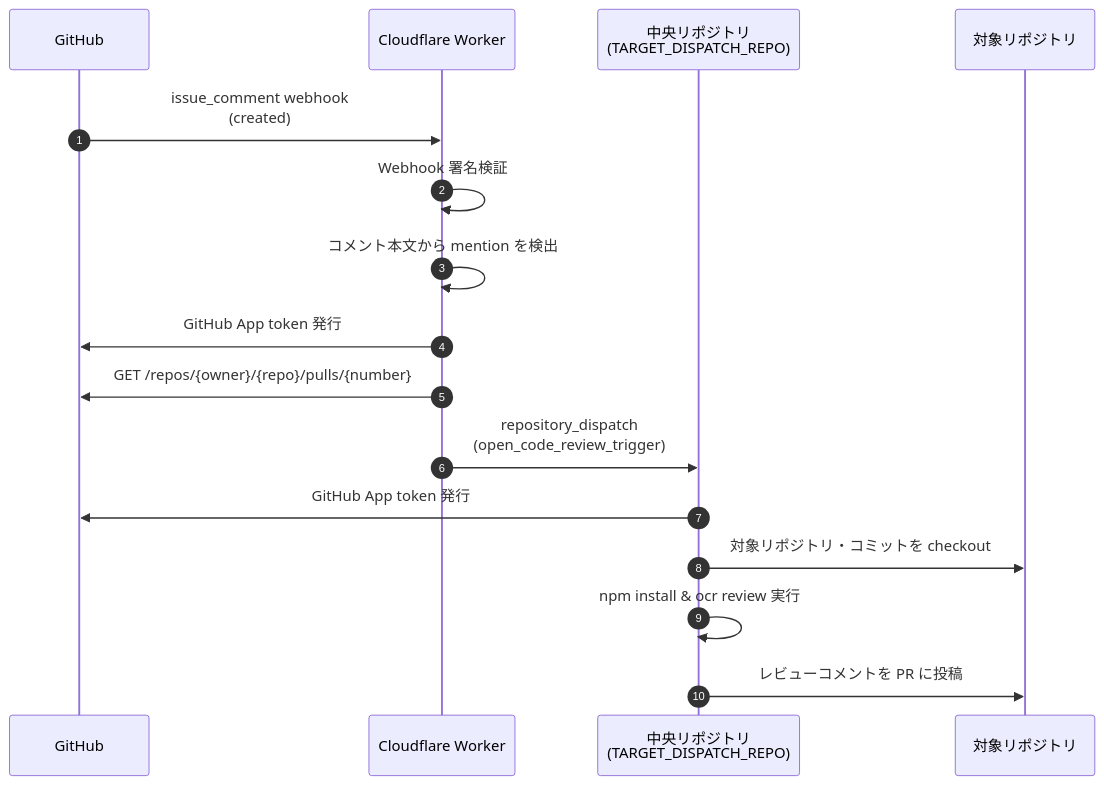
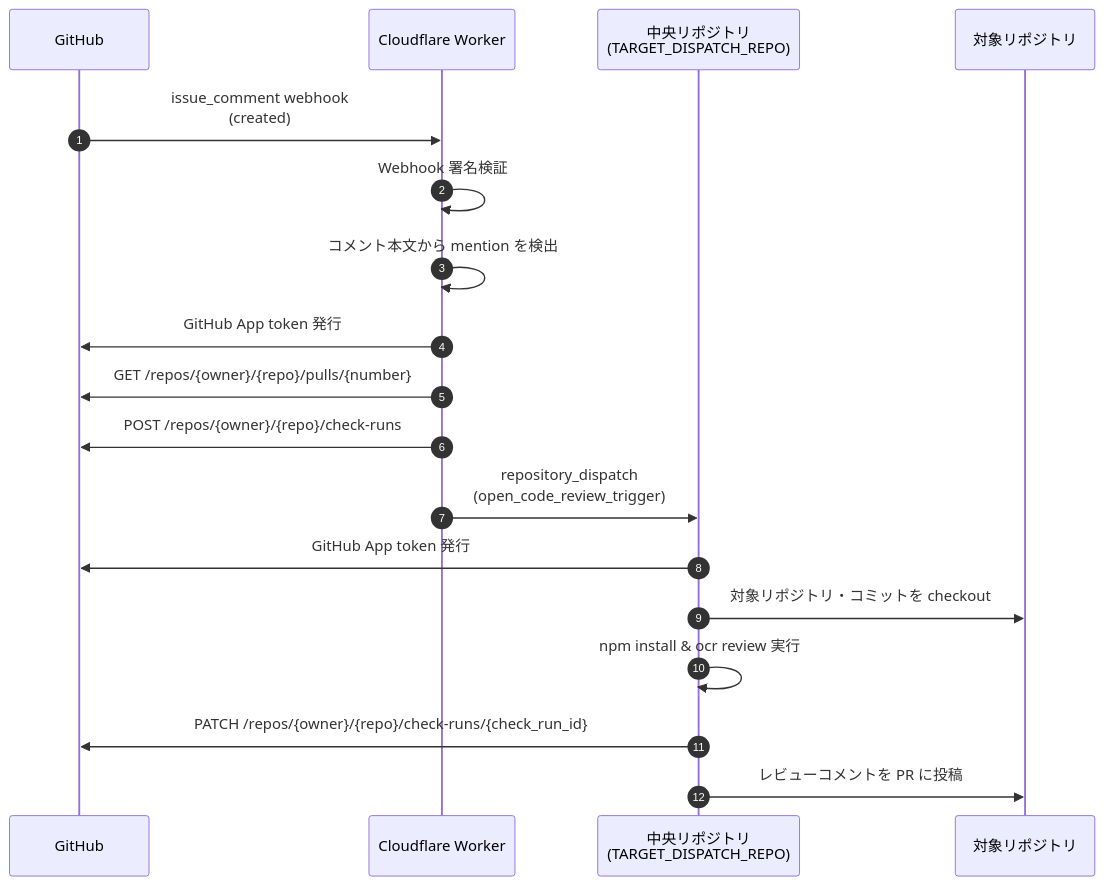
One commit to yohi/ocr-app changed the second of 2 diagrams in README.md. Above: the diagram before and after it, drawn with Mermaid. The commit also changed other lines of this file and 3 other files, not shown here.

````diff
--- a/README.md
+++ b/README.md
@@ -89,19 +89,21 @@
 ```mermaid
 sequenceDiagram
     autonumber
     participant GH as GitHub
     participant CW as Cloudflare Worker
     participant CR as 中央リポジトリ<br/>(TARGET_DISPATCH_REPO)
     participant TR as 対象リポジトリ
 
     GH->>CW: issue_comment webhook<br/>(created)
     CW->>CW: Webhook 署名検証
     CW->>CW: コメント本文から mention を検出
     CW->>GH: GitHub App token 発行
     CW->>GH: GET /repos/{owner}/{repo}/pulls/{number}
+    CW->>GH: POST /repos/{owner}/{repo}/check-runs
     CW->>CR: repository_dispatch<br/>(open_code_review_trigger)
     CR->>GH: GitHub App token 発行
     CR->>TR: 対象リポジトリ・コミットを checkout
     CR->>CR: npm install & ocr review 実行
+    CR->>GH: PATCH /repos/{owner}/{repo}/check-runs/{check_run_id}
     CR->>TR: レビューコメントを PR に投稿
 ```
````
